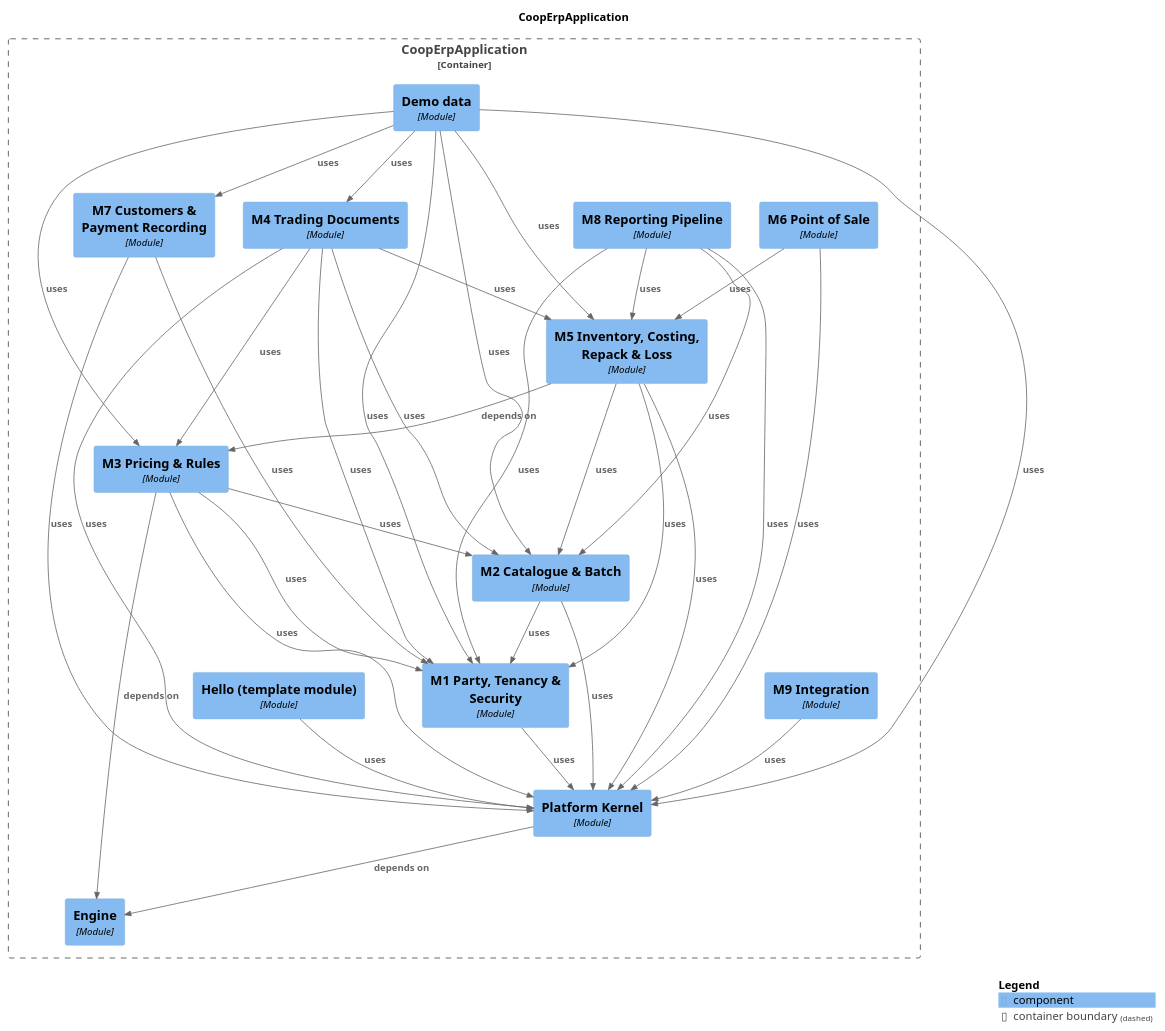
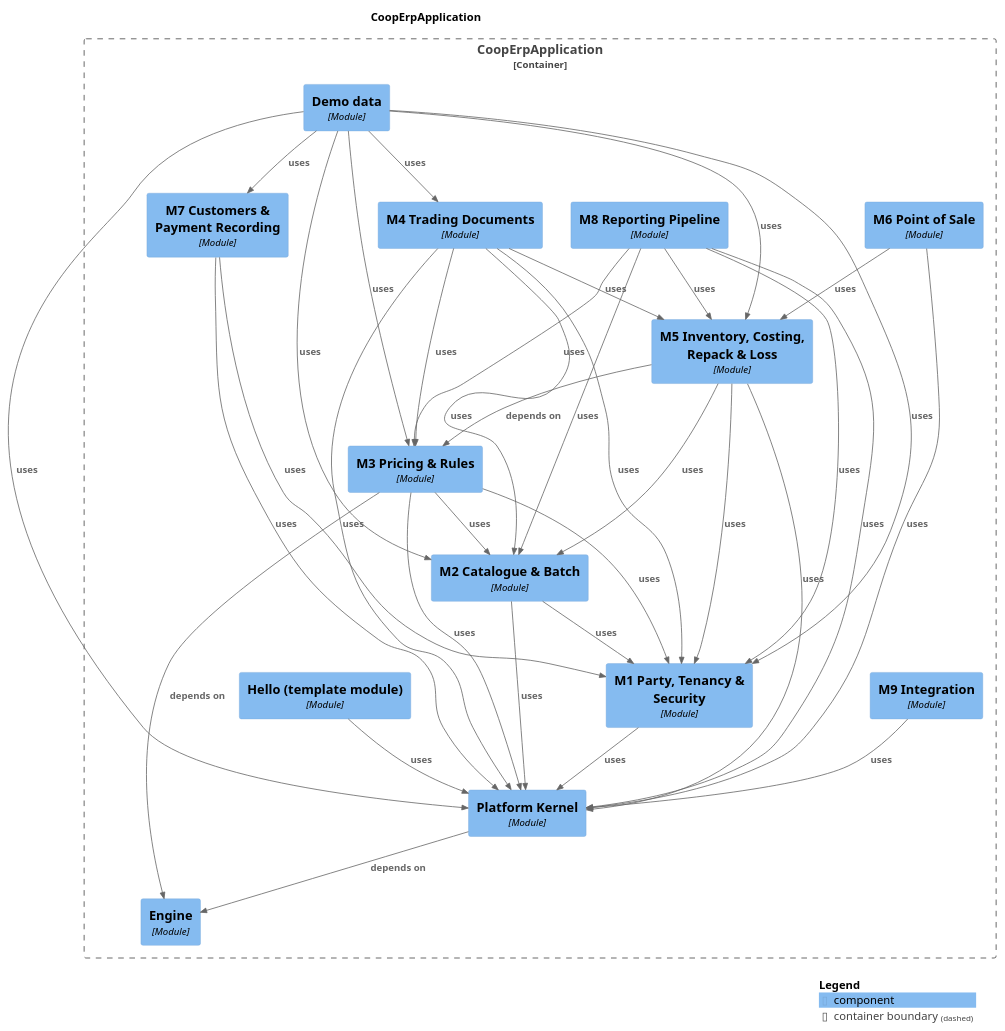
Before and after one commit to Knoweb/COOP_ERP: the diagram in docs/modules/components.puml, drawn with PlantUML. The commit also changed 22 other files, not shown here.

```diff
--- a/docs/modules/components.puml
+++ b/docs/modules/components.puml
@@ -1,63 +1,64 @@
 @startuml
 set separator none
 title CoopErpApplication
 
 top to bottom direction
 
 !include <C4/C4>
 !include <C4/C4_Context>
 !include <C4/C4_Component>
 
 Container_Boundary("CoopErpApplication.CoopErpApplication_boundary", "CoopErpApplication", $tags="") {
   Component(CoopErpApplication.CoopErpApplication.M7CustomersPaymentRecording, "M7 Customers & Payment Recording", $techn="Module", $descr="", $tags="", $link="")
   Component(CoopErpApplication.CoopErpApplication.M3PricingRules, "M3 Pricing & Rules", $techn="Module", $descr="", $tags="", $link="")
   Component(CoopErpApplication.CoopErpApplication.M5InventoryCostingRepackLoss, "M5 Inventory, Costing, Repack & Loss", $techn="Module", $descr="", $tags="", $link="")
   Component(CoopErpApplication.CoopErpApplication.M4TradingDocuments, "M4 Trading Documents", $techn="Module", $descr="", $tags="", $link="")
   Component(CoopErpApplication.CoopErpApplication.M6PointofSale, "M6 Point of Sale", $techn="Module", $descr="", $tags="", $link="")
   Component(CoopErpApplication.CoopErpApplication.M8ReportingPipeline, "M8 Reporting Pipeline", $techn="Module", $descr="", $tags="", $link="")
   Component(CoopErpApplication.CoopErpApplication.Demodata, "Demo data", $techn="Module", $descr="", $tags="", $link="")
   Component(CoopErpApplication.CoopErpApplication.Engine, "Engine", $techn="Module", $descr="", $tags="", $link="")
   Component(CoopErpApplication.CoopErpApplication.PlatformKernel, "Platform Kernel", $techn="Module", $descr="", $tags="", $link="")
   Component(CoopErpApplication.CoopErpApplication.Hellotemplatemodule, "Hello (template module)", $techn="Module", $descr="", $tags="", $link="")
   Component(CoopErpApplication.CoopErpApplication.M1PartyTenancySecurity, "M1 Party, Tenancy & Security", $techn="Module", $descr="", $tags="", $link="")
   Component(CoopErpApplication.CoopErpApplication.M9Integration, "M9 Integration", $techn="Module", $descr="", $tags="", $link="")
   Component(CoopErpApplication.CoopErpApplication.M2CatalogueBatch, "M2 Catalogue & Batch", $techn="Module", $descr="", $tags="", $link="")
 }
 
 Rel(CoopErpApplication.CoopErpApplication.Demodata, CoopErpApplication.CoopErpApplication.M1PartyTenancySecurity, "uses", $techn="", $tags="", $link="")
 Rel(CoopErpApplication.CoopErpApplication.Demodata, CoopErpApplication.CoopErpApplication.M2CatalogueBatch, "uses", $techn="", $tags="", $link="")
 Rel(CoopErpApplication.CoopErpApplication.Demodata, CoopErpApplication.CoopErpApplication.M3PricingRules, "uses", $techn="", $tags="", $link="")
 Rel(CoopErpApplication.CoopErpApplication.Demodata, CoopErpApplication.CoopErpApplication.M4TradingDocuments, "uses", $techn="", $tags="", $link="")
 Rel(CoopErpApplication.CoopErpApplication.Demodata, CoopErpApplication.CoopErpApplication.M5InventoryCostingRepackLoss, "uses", $techn="", $tags="", $link="")
 Rel(CoopErpApplication.CoopErpApplication.Demodata, CoopErpApplication.CoopErpApplication.M7CustomersPaymentRecording, "uses", $techn="", $tags="", $link="")
 Rel(CoopErpApplication.CoopErpApplication.Demodata, CoopErpApplication.CoopErpApplication.PlatformKernel, "uses", $techn="", $tags="", $link="")
 Rel(CoopErpApplication.CoopErpApplication.Hellotemplatemodule, CoopErpApplication.CoopErpApplication.PlatformKernel, "uses", $techn="", $tags="", $link="")
 Rel(CoopErpApplication.CoopErpApplication.M1PartyTenancySecurity, CoopErpApplication.CoopErpApplication.PlatformKernel, "uses", $techn="", $tags="", $link="")
 Rel(CoopErpApplication.CoopErpApplication.M2CatalogueBatch, CoopErpApplication.CoopErpApplication.M1PartyTenancySecurity, "uses", $techn="", $tags="", $link="")
 Rel(CoopErpApplication.CoopErpApplication.M2CatalogueBatch, CoopErpApplication.CoopErpApplication.PlatformKernel, "uses", $techn="", $tags="", $link="")
 Rel(CoopErpApplication.CoopErpApplication.M3PricingRules, CoopErpApplication.CoopErpApplication.Engine, "depends on", $techn="", $tags="", $link="")
 Rel(CoopErpApplication.CoopErpApplication.M3PricingRules, CoopErpApplication.CoopErpApplication.M1PartyTenancySecurity, "uses", $techn="", $tags="", $link="")
 Rel(CoopErpApplication.CoopErpApplication.M3PricingRules, CoopErpApplication.CoopErpApplication.M2CatalogueBatch, "uses", $techn="", $tags="", $link="")
 Rel(CoopErpApplication.CoopErpApplication.M3PricingRules, CoopErpApplication.CoopErpApplication.PlatformKernel, "uses", $techn="", $tags="", $link="")
 Rel(CoopErpApplication.CoopErpApplication.M4TradingDocuments, CoopErpApplication.CoopErpApplication.M1PartyTenancySecurity, "uses", $techn="", $tags="", $link="")
 Rel(CoopErpApplication.CoopErpApplication.M4TradingDocuments, CoopErpApplication.CoopErpApplication.M2CatalogueBatch, "uses", $techn="", $tags="", $link="")
 Rel(CoopErpApplication.CoopErpApplication.M4TradingDocuments, CoopErpApplication.CoopErpApplication.M3PricingRules, "uses", $techn="", $tags="", $link="")
 Rel(CoopErpApplication.CoopErpApplication.M4TradingDocuments, CoopErpApplication.CoopErpApplication.M5InventoryCostingRepackLoss, "uses", $techn="", $tags="", $link="")
 Rel(CoopErpApplication.CoopErpApplication.M4TradingDocuments, CoopErpApplication.CoopErpApplication.PlatformKernel, "uses", $techn="", $tags="", $link="")
 Rel(CoopErpApplication.CoopErpApplication.M5InventoryCostingRepackLoss, CoopErpApplication.CoopErpApplication.M1PartyTenancySecurity, "uses", $techn="", $tags="", $link="")
 Rel(CoopErpApplication.CoopErpApplication.M5InventoryCostingRepackLoss, CoopErpApplication.CoopErpApplication.M2CatalogueBatch, "uses", $techn="", $tags="", $link="")
 Rel(CoopErpApplication.CoopErpApplication.M5InventoryCostingRepackLoss, CoopErpApplication.CoopErpApplication.M3PricingRules, "depends on", $techn="", $tags="", $link="")
 Rel(CoopErpApplication.CoopErpApplication.M5InventoryCostingRepackLoss, CoopErpApplication.CoopErpApplication.PlatformKernel, "uses", $techn="", $tags="", $link="")
 Rel(CoopErpApplication.CoopErpApplication.M6PointofSale, CoopErpApplication.CoopErpApplication.M5InventoryCostingRepackLoss, "uses", $techn="", $tags="", $link="")
 Rel(CoopErpApplication.CoopErpApplication.M6PointofSale, CoopErpApplication.CoopErpApplication.PlatformKernel, "uses", $techn="", $tags="", $link="")
 Rel(CoopErpApplication.CoopErpApplication.M7CustomersPaymentRecording, CoopErpApplication.CoopErpApplication.M1PartyTenancySecurity, "uses", $techn="", $tags="", $link="")
 Rel(CoopErpApplication.CoopErpApplication.M7CustomersPaymentRecording, CoopErpApplication.CoopErpApplication.PlatformKernel, "uses", $techn="", $tags="", $link="")
 Rel(CoopErpApplication.CoopErpApplication.M8ReportingPipeline, CoopErpApplication.CoopErpApplication.M1PartyTenancySecurity, "uses", $techn="", $tags="", $link="")
 Rel(CoopErpApplication.CoopErpApplication.M8ReportingPipeline, CoopErpApplication.CoopErpApplication.M2CatalogueBatch, "uses", $techn="", $tags="", $link="")
+Rel(CoopErpApplication.CoopErpApplication.M8ReportingPipeline, CoopErpApplication.CoopErpApplication.M3PricingRules, "uses", $techn="", $tags="", $link="")
 Rel(CoopErpApplication.CoopErpApplication.M8ReportingPipeline, CoopErpApplication.CoopErpApplication.M5InventoryCostingRepackLoss, "uses", $techn="", $tags="", $link="")
 Rel(CoopErpApplication.CoopErpApplication.M8ReportingPipeline, CoopErpApplication.CoopErpApplication.PlatformKernel, "uses", $techn="", $tags="", $link="")
 Rel(CoopErpApplication.CoopErpApplication.M9Integration, CoopErpApplication.CoopErpApplication.PlatformKernel, "uses", $techn="", $tags="", $link="")
 Rel(CoopErpApplication.CoopErpApplication.PlatformKernel, CoopErpApplication.CoopErpApplication.Engine, "depends on", $techn="", $tags="", $link="")
 
 SHOW_LEGEND(true)
 @enduml
```
